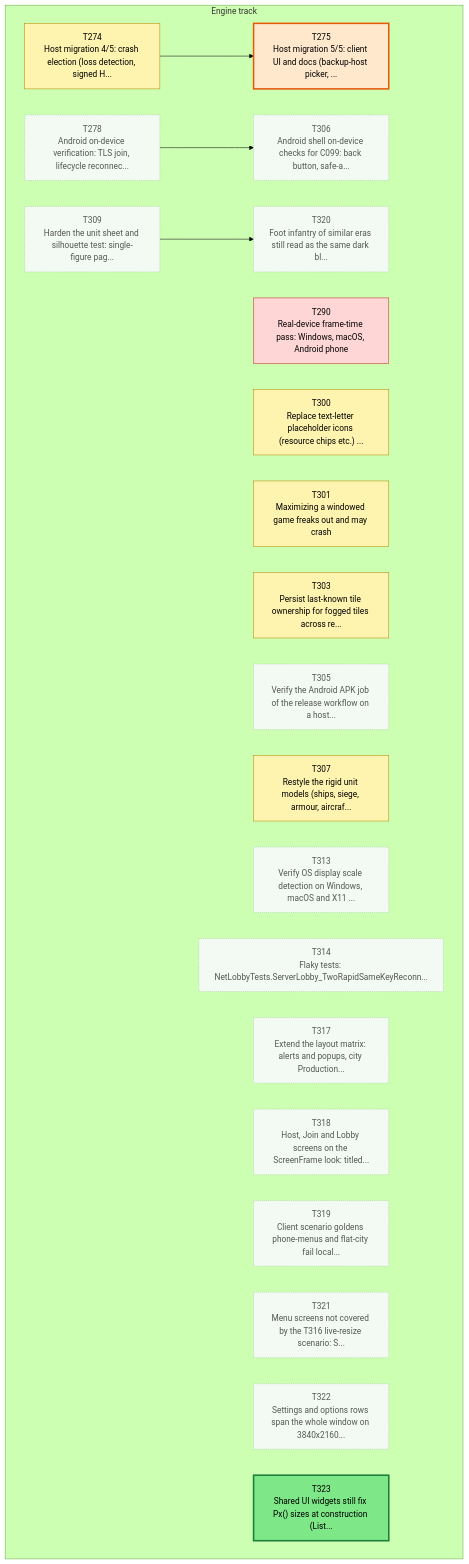
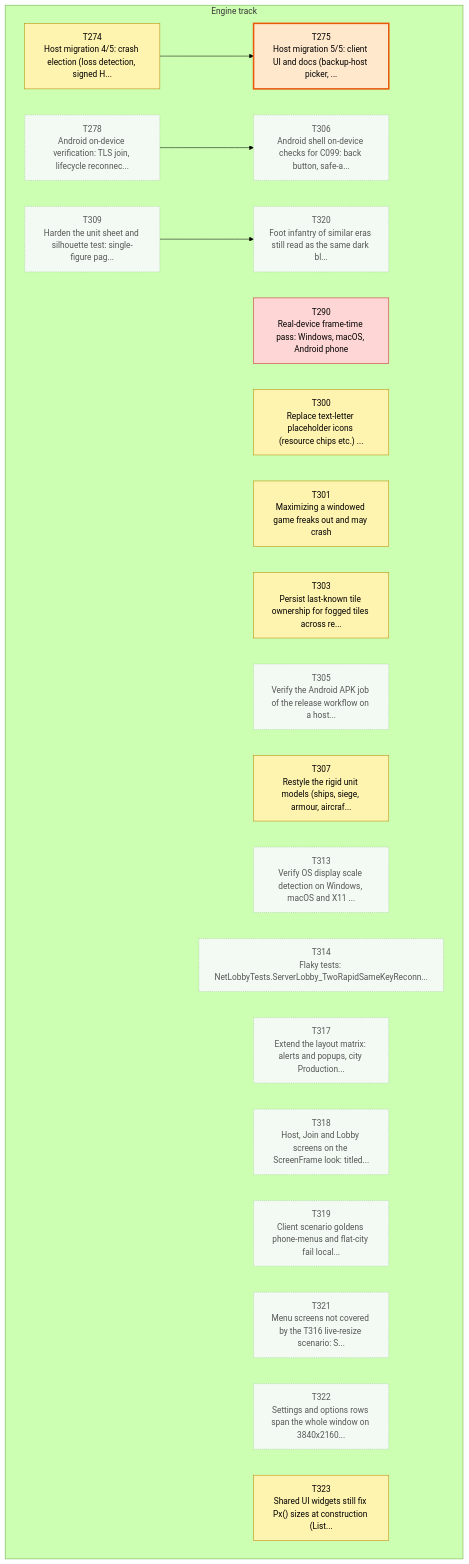
The first of 3 diagrams in csharp/migration/DEPENDENCY_MAP.md (Kenmura/Unciv), drawn with Mermaid (forest theme) before and after one commit. The commit also changed other lines of this file and 1 other file, not shown here.

````diff
--- a/csharp/migration/DEPENDENCY_MAP.md
+++ b/csharp/migration/DEPENDENCY_MAP.md
@@ -35,55 +35,55 @@
 ```mermaid
 flowchart TD
   subgraph TTRACK["Engine track"]
     T274["T274<br/>Host migration 4/5: crash election (loss detection, signed H..."]
     T275["T275<br/>Host migration 5/5: client UI and docs (backup-host picker, ..."]
     T278["T278<br/>Android on-device verification: TLS join, lifecycle reconnec..."]
     T290["T290<br/>Real-device frame-time pass: Windows, macOS, Android phone"]
     T300["T300<br/>Replace text-letter placeholder icons (resource chips etc.) ..."]
     T301["T301<br/>Maximizing a windowed game freaks out and may crash"]
     T303["T303<br/>Persist last-known tile ownership for fogged tiles across re..."]
     T305["T305<br/>Verify the Android APK job of the release workflow on a host..."]
     T306["T306<br/>Android shell on-device checks for C099: back button, safe-a..."]
     T307["T307<br/>Restyle the rigid unit models (ships, siege, armour, aircraf..."]
     T309["T309<br/>Harden the unit sheet and silhouette test: single-figure pag..."]
     T313["T313<br/>Verify OS display scale detection on Windows, macOS and X11 ..."]
     T314["T314<br/>Flaky tests: NetLobbyTests.ServerLobby_TwoRapidSameKeyReconn..."]
     T317["T317<br/>Extend the layout matrix: alerts and popups, city Production..."]
     T318["T318<br/>Host, Join and Lobby screens on the ScreenFrame look: titled..."]
     T319["T319<br/>Client scenario goldens phone-menus and flat-city fail local..."]
     T320["T320<br/>Foot infantry of similar eras still read as the same dark bl..."]
     T321["T321<br/>Menu screens not covered by the T316 live-resize scenario: S..."]
     T322["T322<br/>Settings and options rows span the whole window on 3840x2160..."]
     T323["T323<br/>Shared UI widgets still fix Px() sizes at construction (List..."]
   end
   T274 --> T275
   T278 --> T306
   T309 --> T320
   classDef waiting fill:#f3faf3,stroke:#9bc49b,color:#555,stroke-dasharray:2 2
   classDef ondeck fill:#ffe8cc,stroke:#e8590c,stroke-width:3px,color:#000
   classDef ready fill:#7ee787,stroke:#1a7f37,stroke-width:3px,color:#000
   classDef prog fill:#fff3b0,stroke:#b58900,color:#000
   classDef review fill:#cfe4ff,stroke:#1f6feb,color:#000
   classDef blocked fill:#ffd6d6,stroke:#c62828,color:#000
   classDef done fill:#eeeeee,stroke:#999999,color:#666,stroke-dasharray:4 3
   class T274 prog
   class T275 ondeck
   class T278 waiting
   class T290 blocked
   class T300 prog
   class T301 prog
   class T303 prog
   class T305 waiting
   class T306 waiting
   class T307 prog
   class T309 waiting
   class T313 waiting
   class T314 waiting
   class T317 waiting
   class T318 waiting
   class T319 waiting
   class T320 waiting
   class T321 waiting
   class T322 waiting
-  class T323 ready
+  class T323 prog
 ```
````
